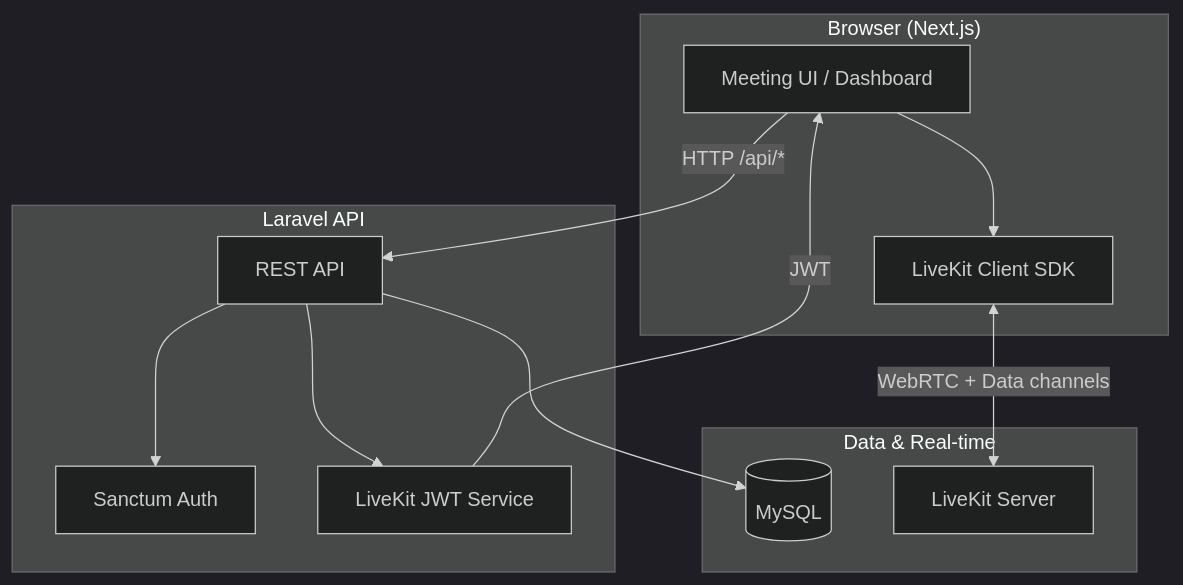
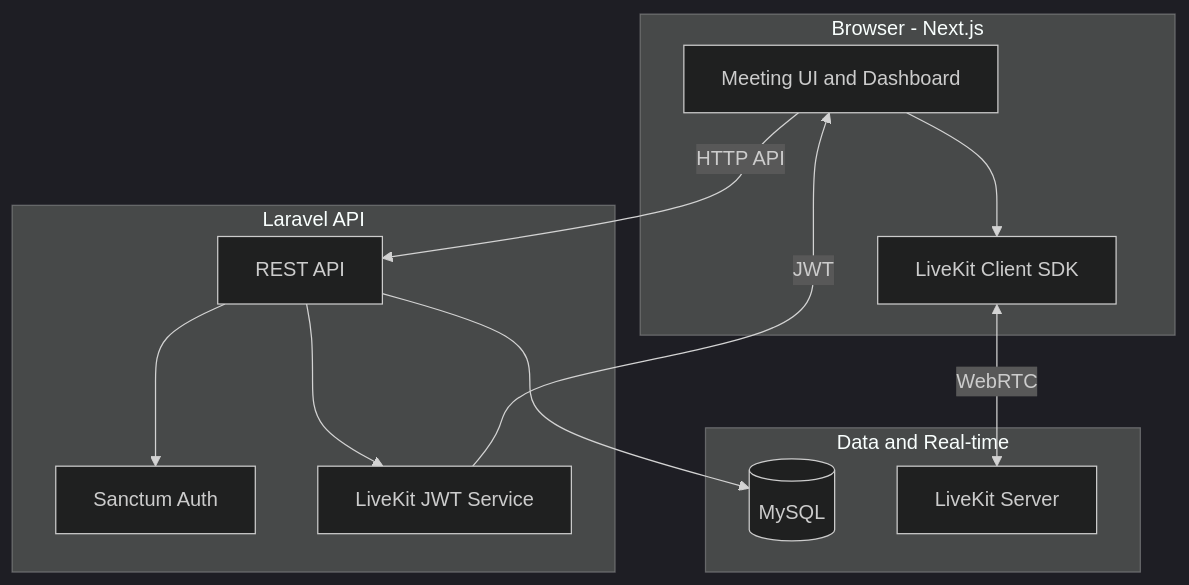
One commit to GhayoorAli/meetme changed the first of 2 diagrams in README.md. Above: the diagram before and after it, drawn with Mermaid (dark theme). The commit also changed other lines of this file, not shown here.

````diff
--- a/README.md
+++ b/README.md
@@ -39,26 +39,26 @@
 ```mermaid
 flowchart TB
-    subgraph Client["Browser (Next.js)"]
-        UI[Meeting UI / Dashboard]
+    subgraph client [Browser - Next.js]
+        UI[Meeting UI and Dashboard]
         LK[LiveKit Client SDK]
         UI --> LK
     end
 
-    subgraph Backend["Laravel API"]
+    subgraph backend [Laravel API]
         API[REST API]
         Auth[Sanctum Auth]
         Token[LiveKit JWT Service]
         API --> Auth
         API --> Token
     end
 
-    subgraph Data["Data & Real-time"]
+    subgraph data [Data and Real-time]
         DB[(MySQL)]
         LKS[LiveKit Server]
     end
 
-    UI -->|HTTP /api/*| API
+    UI -->|HTTP API| API
     API --> DB
     Token -->|JWT| UI
-    LK <-->|WebRTC + Data channels| LKS
+    LK <-->|WebRTC| LKS
 ```
````
